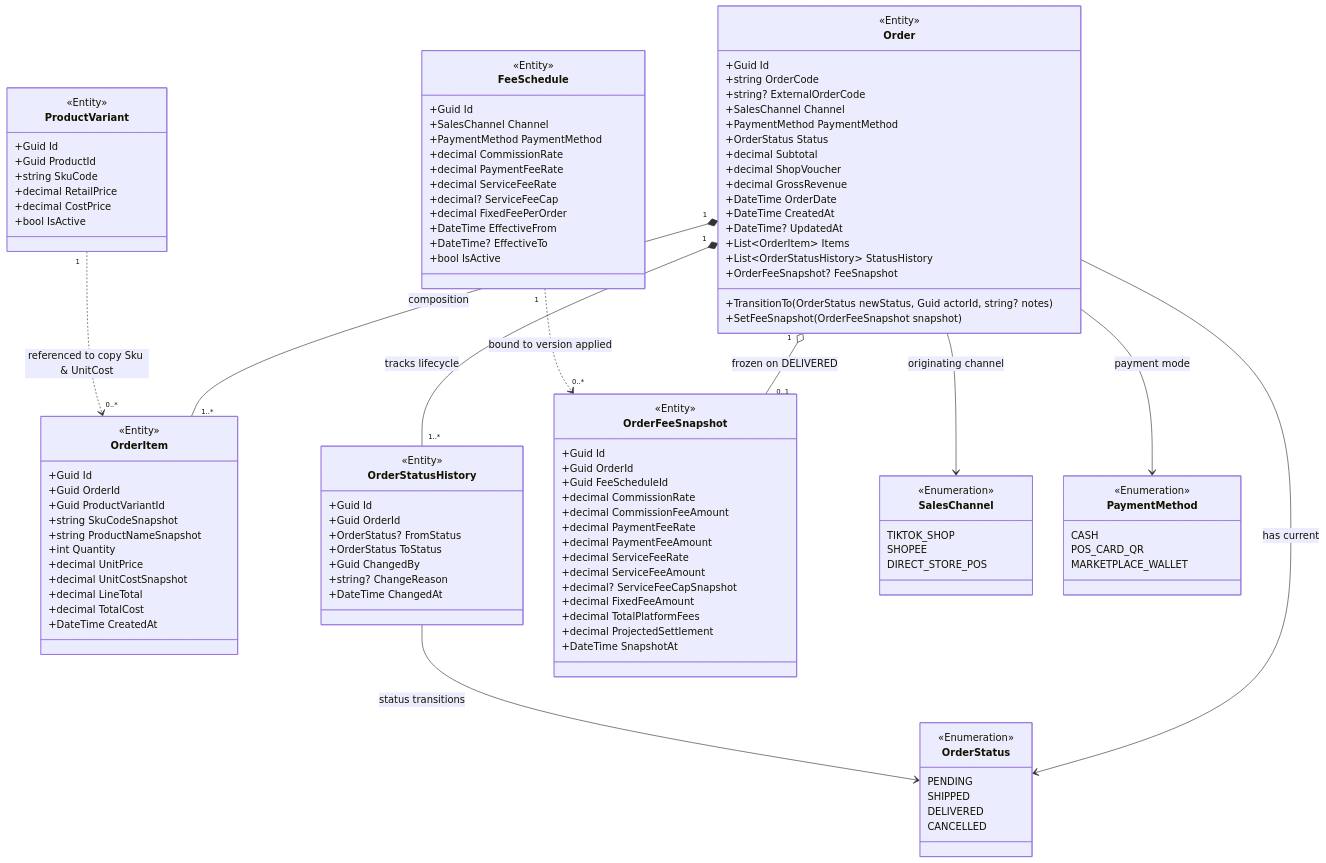
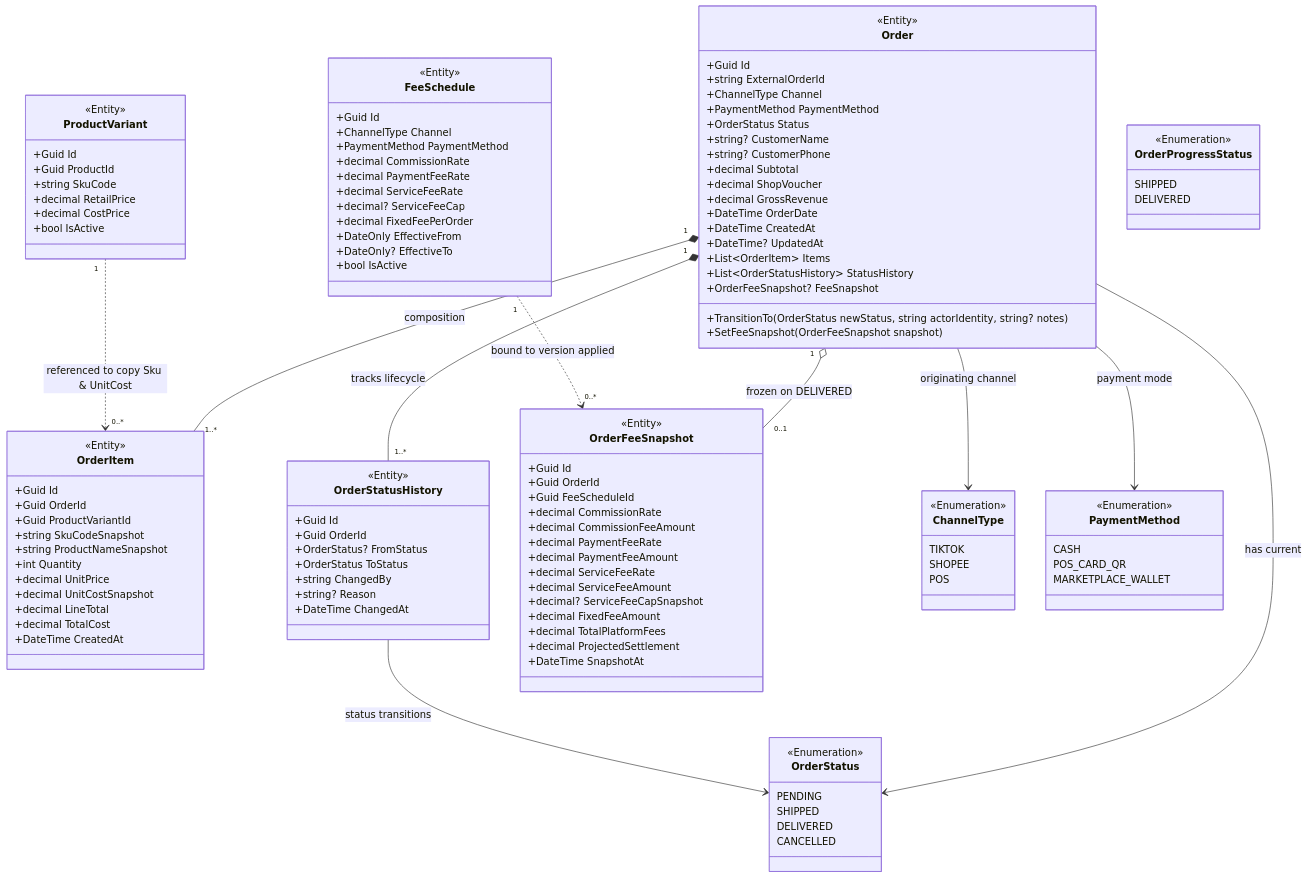
The third of 3 diagrams in docs/architecture/class_diagram_orders_fee_engine_en.md (duchoa0405/Quanly_DoanhThu_LoiNhuan_DangDucHoa_VSF), drawn with Mermaid before and after one commit. The commit also changed other lines of this file and 5 other files, not shown here.

Commit message:
docs: align class diagrams with canonical contracts

````diff
--- a/docs/architecture/class_diagram_orders_fee_engine_en.md
+++ b/docs/architecture/class_diagram_orders_fee_engine_en.md
@@ -369,11 +382,12 @@
     class Order {
         <<Entity>>
         +Guid Id
-        +string OrderCode
-        +string? ExternalOrderCode
-        +SalesChannel Channel
+        +string ExternalOrderId
+        +ChannelType Channel
         +PaymentMethod PaymentMethod
         +OrderStatus Status
+        +string? CustomerName
+        +string? CustomerPhone
         +decimal Subtotal
         +decimal ShopVoucher
         +decimal GrossRevenue
@@ -383,7 +397,7 @@
         +List~OrderItem~ Items
         +List~OrderStatusHistory~ StatusHistory
         +OrderFeeSnapshot? FeeSnapshot
-        +TransitionTo(OrderStatus newStatus, Guid actorId, string? notes)
+        +TransitionTo(OrderStatus newStatus, string actorIdentity, string? notes)
         +SetFeeSnapshot(OrderFeeSnapshot snapshot)
     }
 
@@ -408,8 +422,8 @@
         +Guid OrderId
         +OrderStatus? FromStatus
         +OrderStatus ToStatus
-        +Guid ChangedBy
-        +string? ChangeReason
+        +string ChangedBy
+        +string? Reason
         +DateTime ChangedAt
     }
 
@@ -444,15 +458,15 @@
     class FeeSchedule {
         <<Entity>>
         +Guid Id
-        +SalesChannel Channel
+        +ChannelType Channel
         +PaymentMethod PaymentMethod
         +decimal CommissionRate
         +decimal PaymentFeeRate
         +decimal ServiceFeeRate
         +decimal? ServiceFeeCap
         +decimal FixedFeePerOrder
-        +DateTime EffectiveFrom
-        +DateTime? EffectiveTo
+        +DateOnly EffectiveFrom
+        +DateOnly? EffectiveTo
         +bool IsActive
     }
 
@@ -465,11 +479,17 @@
         CANCELLED
     }
 
-    class SalesChannel {
+    class OrderProgressStatus {
         <<Enumeration>>
-        TIKTOK_SHOP
+        SHIPPED
+        DELIVERED
+    }
+
+    class ChannelType {
+        <<Enumeration>>
+        TIKTOK
         SHOPEE
-        DIRECT_STORE_POS
+        POS
     }
 
     class PaymentMethod {
@@ -488,7 +508,7 @@
     FeeSchedule "1" ..> "0..*" OrderFeeSnapshot : bound to version applied
     
     Order --> OrderStatus : has current
-    Order --> SalesChannel : originating channel
+    Order --> ChannelType : originating channel
     Order --> PaymentMethod : payment mode
     OrderStatusHistory --> OrderStatus : status transitions
 ```
````
